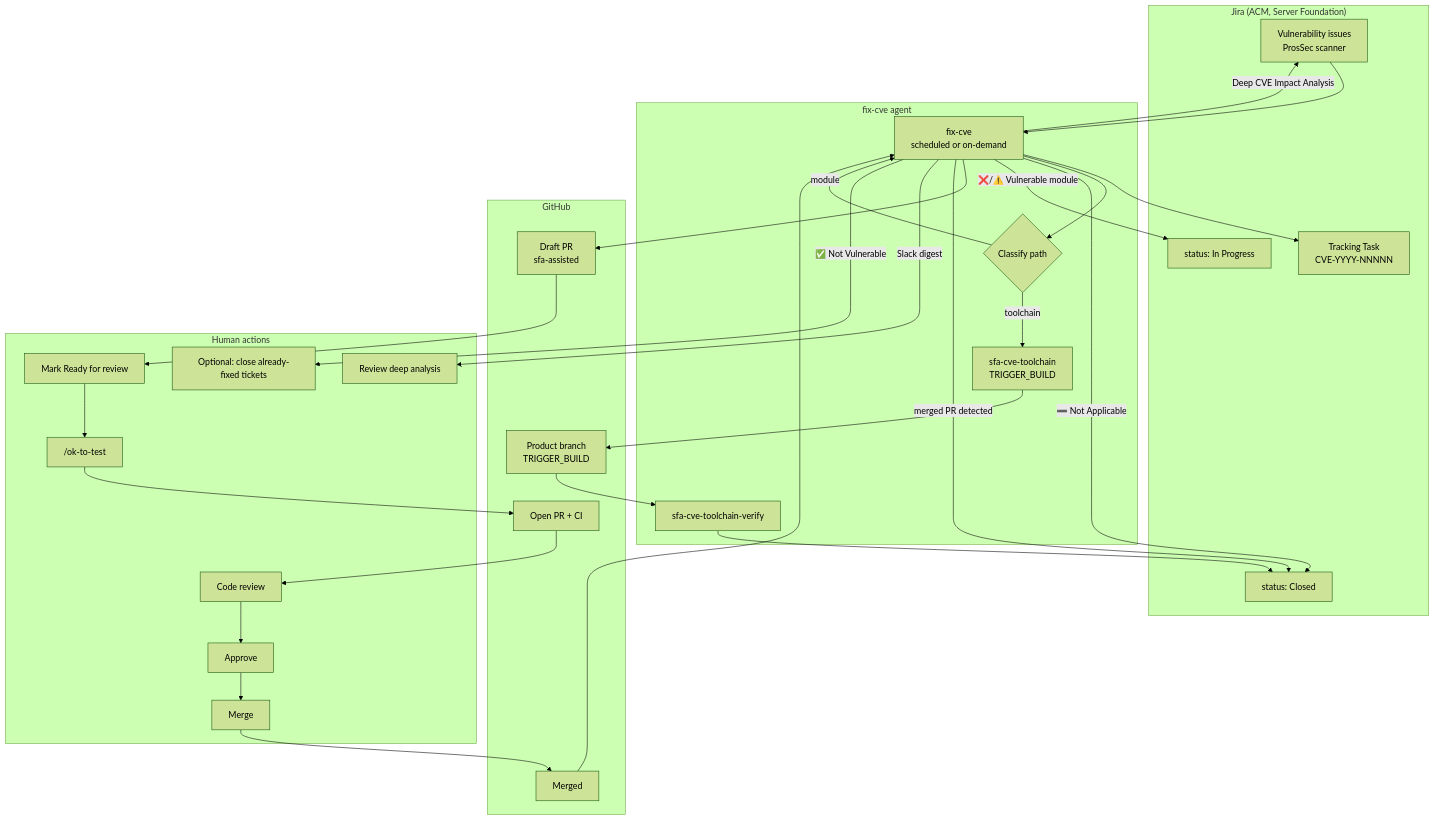
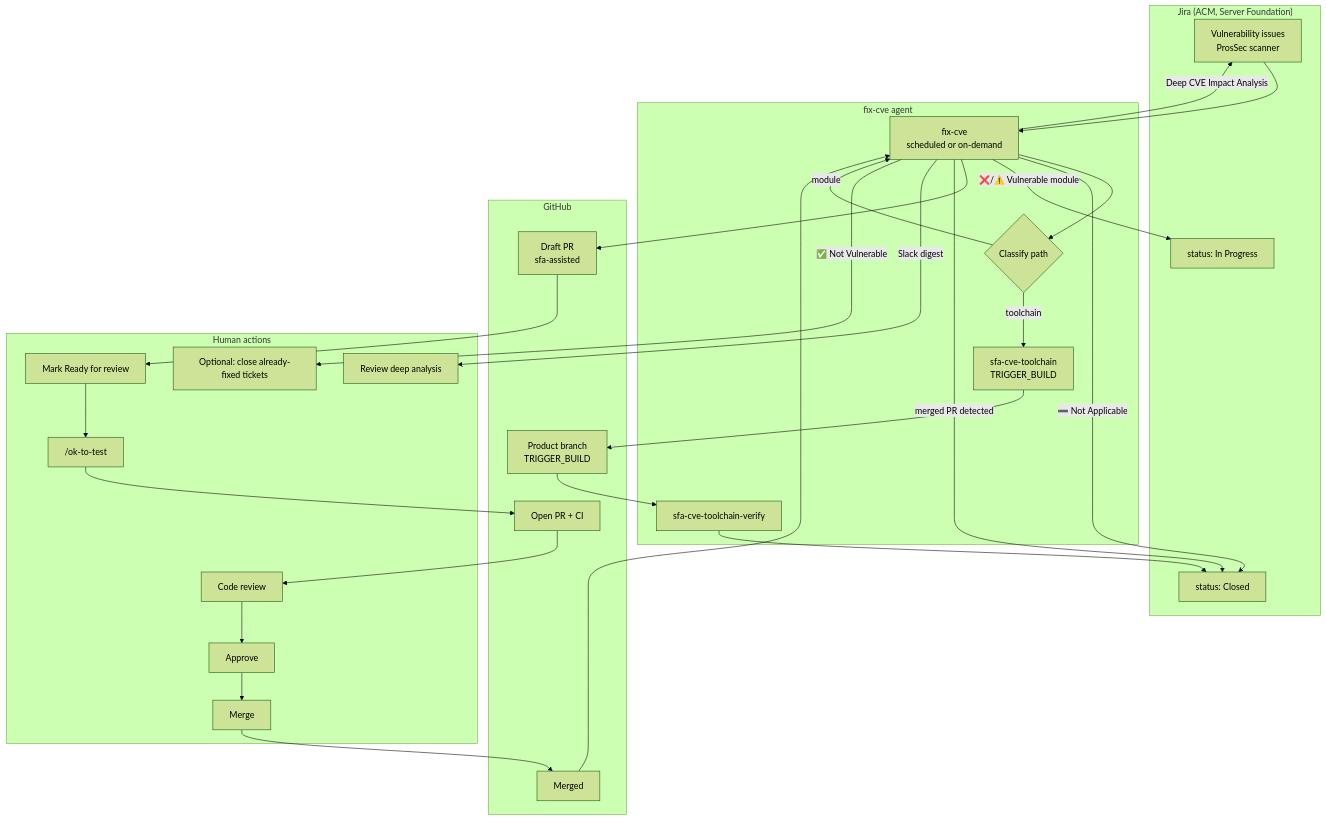
Before and after one commit to rokej/server-foundation-agent: the first of 2 diagrams in docs/automated-cve-fix-developer-guide.md, drawn with Mermaid (forest theme). The commit also changed other lines of this file and 9 other files, not shown here.

First line of the commit message:
fix(cve): stop creating per-CVE tracking Tasks in Jira (#39)

````diff
--- a/docs/automated-cve-fix-developer-guide.md
+++ b/docs/automated-cve-fix-developer-guide.md
@@ -68,49 +69,47 @@
 ```mermaid
 flowchart TB
   subgraph jira["Jira (ACM, Server Foundation)"]
     VULN[Vulnerability issues<br/>ProsSec scanner]
-    TRACK[Tracking Task<br/>CVE-YYYY-NNNNN]
     INPROG[status: In Progress]
     CLOSED[status: Closed]
   end
 
   subgraph agents["fix-cve agent"]
     F[fix-cve<br/>scheduled or on-demand]
     CLS{Classify path}
     TC[sfa-cve-toolchain<br/>TRIGGER_BUILD]
     TV[sfa-cve-toolchain-verify]
   end
 
   subgraph github["GitHub"]
     DRAFT[Draft PR<br/>sfa-assisted]
     OPEN[Open PR + CI]
     MERGED[Merged]
     REBUILD[Product branch<br/>TRIGGER_BUILD]
   end
 
   subgraph human["Human actions"]
     H1[Review deep analysis]
     H2[Mark Ready for review]
     H3["/ok-to-test"]
     H4[Code review]
     H5[Approve]
     H6[Merge]
     H7[Optional: close already-fixed tickets]
   end
 
   VULN --> F
-  F --> TRACK
   F --> CLS
   CLS -->|toolchain| TC --> REBUILD --> TV --> CLOSED
   CLS -->|module| F
   F -->|Deep CVE Impact Analysis| VULN
   F -->|➖ Not Applicable| CLOSED
   F -->|❌/⚠️ Vulnerable module| INPROG
   F --> DRAFT
   DRAFT --> H2 --> H3 --> OPEN
   OPEN --> H4 --> H5 --> H6 --> MERGED
   MERGED --> F
   F -->|merged PR detected| CLOSED
   F -->|Slack digest| H1
   F -->|✅ Not Vulnerable| H7
 ```
````
